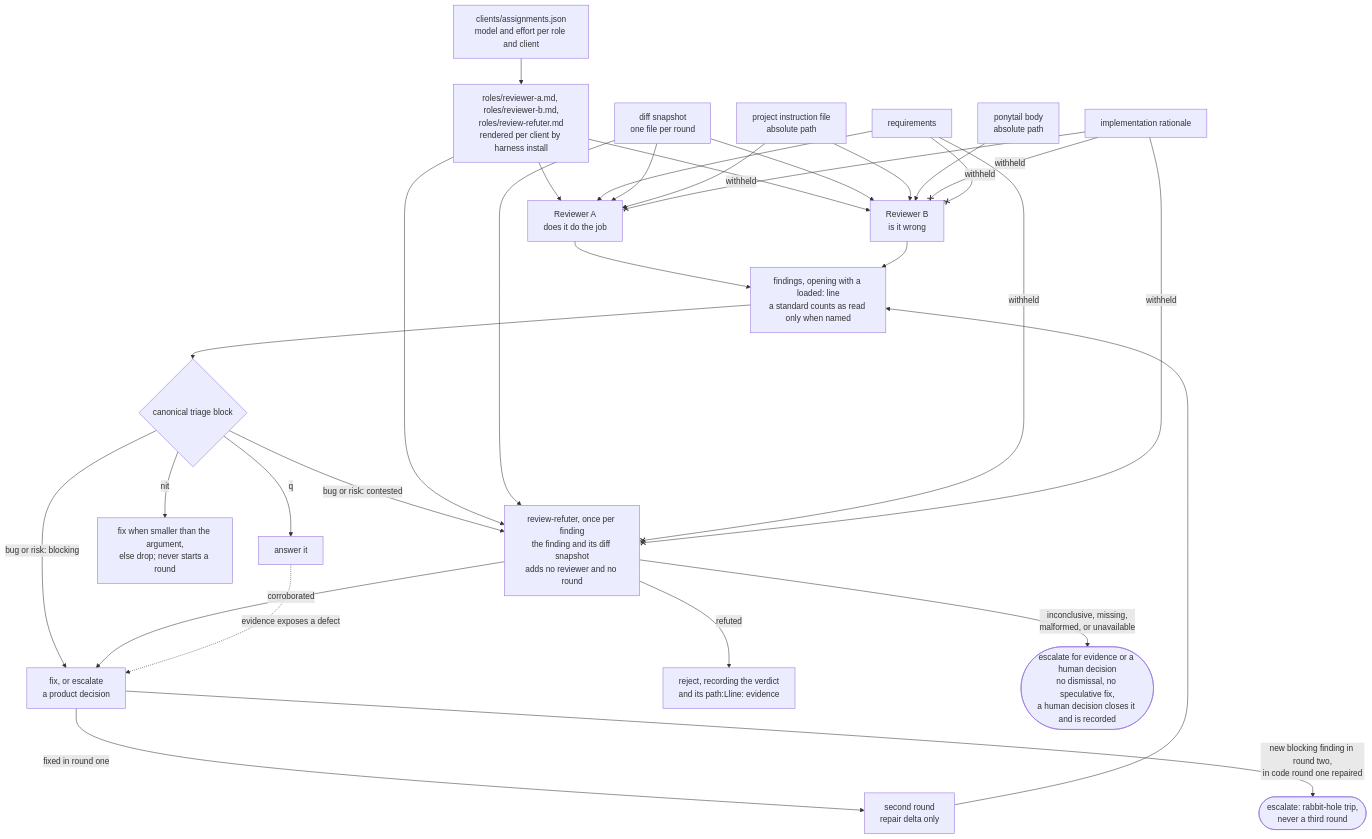
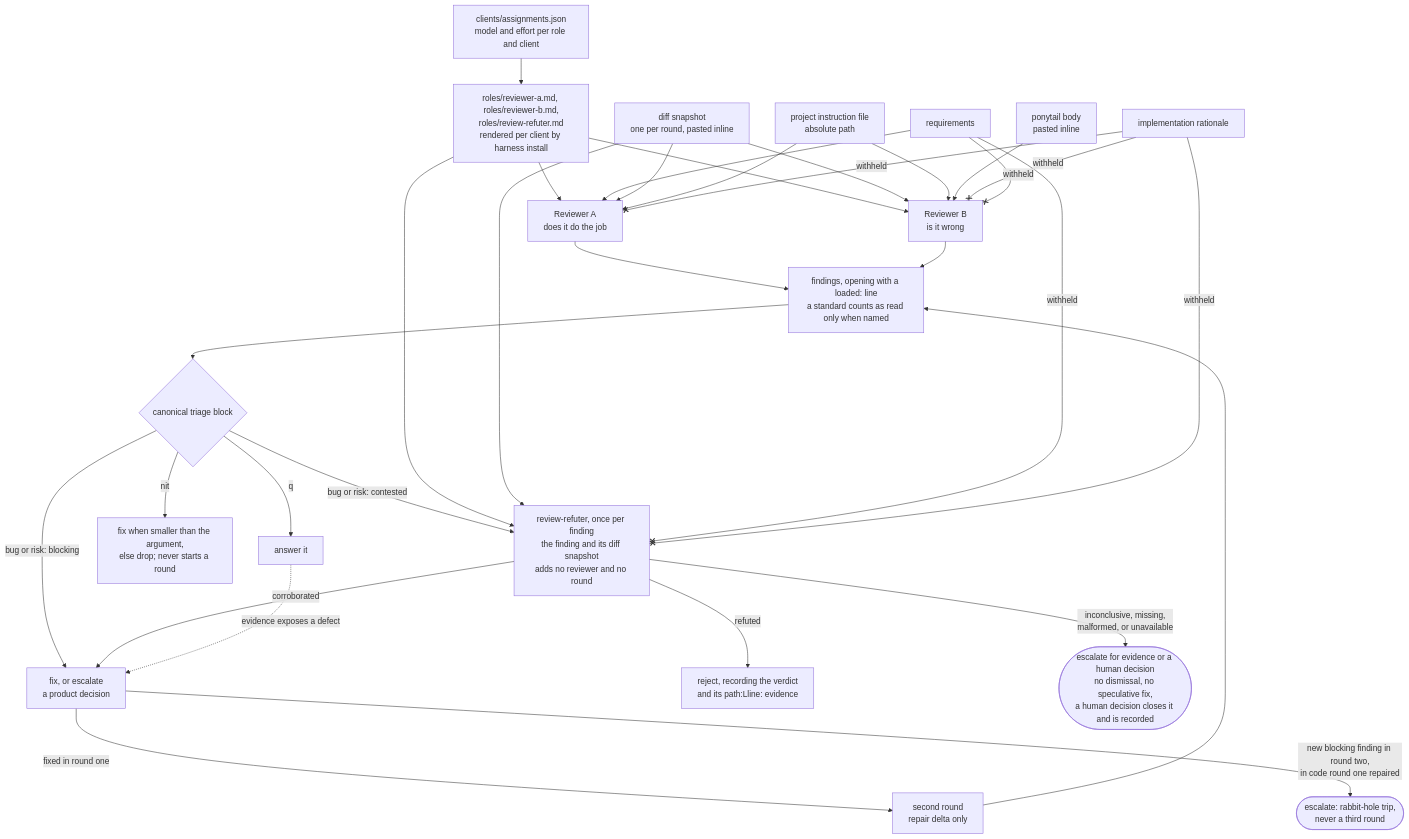
The second of 4 diagrams in README.md (jvillegasd/harness), drawn with Mermaid before and after one commit. The commit also changed other lines of this file and 12 other files, not shown here.

````diff
--- a/README.md
+++ b/README.md
@@ -130,33 +130,33 @@
 ```mermaid
 flowchart TD
     assign["clients/assignments.json<br>model and effort per role and client"] --> roles["roles/reviewer-a.md, roles/reviewer-b.md,<br>roles/review-refuter.md<br>rendered per client by harness install"]
     roles --> a["Reviewer A<br>does it do the job"]
     roles --> b["Reviewer B<br>is it wrong"]
     req["requirements"] --> a
-    snap["diff snapshot<br>one file per round"] --> a
+    snap["diff snapshot<br>one per round, pasted inline"] --> a
     snap --> b
     project["project instruction file<br>absolute path"] --> a
     project --> b
-    ponytail["ponytail body<br>absolute path"] --> b
+    ponytail["ponytail body<br>pasted inline"] --> b
     rationale["implementation rationale"] --x|withheld| a
     rationale --x|withheld| b
     req --x|withheld| b
     a --> findings["findings, opening with a loaded: line<br>a standard counts as read only when named"]
     b --> findings
     findings --> triage{"canonical triage block"}
     triage -->|bug or risk: blocking| blocking["fix, or escalate<br>a product decision"]
     triage -->|bug or risk: contested| refuter["review-refuter, once per finding<br>the finding and its diff snapshot<br>adds no reviewer and no round"]
     roles --> refuter
     snap --> refuter
     req --x|withheld| refuter
     rationale --x|withheld| refuter
     refuter -->|corroborated| blocking
     refuter -->|refuted| rejected["reject, recording the verdict<br>and its path:Lline: evidence"]
     refuter -->|inconclusive, missing,<br>malformed, or unavailable| uncertain(["escalate for evidence or a human decision<br>no dismissal, no speculative fix,<br>a human decision closes it and is recorded"])
     triage -->|nit| nit["fix when smaller than the argument,<br>else drop; never starts a round"]
     triage -->|q| question["answer it"]
     question -.->|evidence exposes a defect| blocking
     blocking -->|fixed in round one| delta["second round<br>repair delta only"]
     delta --> findings
     blocking -->|new blocking finding in round two,<br>in code round one repaired| escalate(["escalate: rabbit-hole trip,<br>never a third round"])
 ```
````
